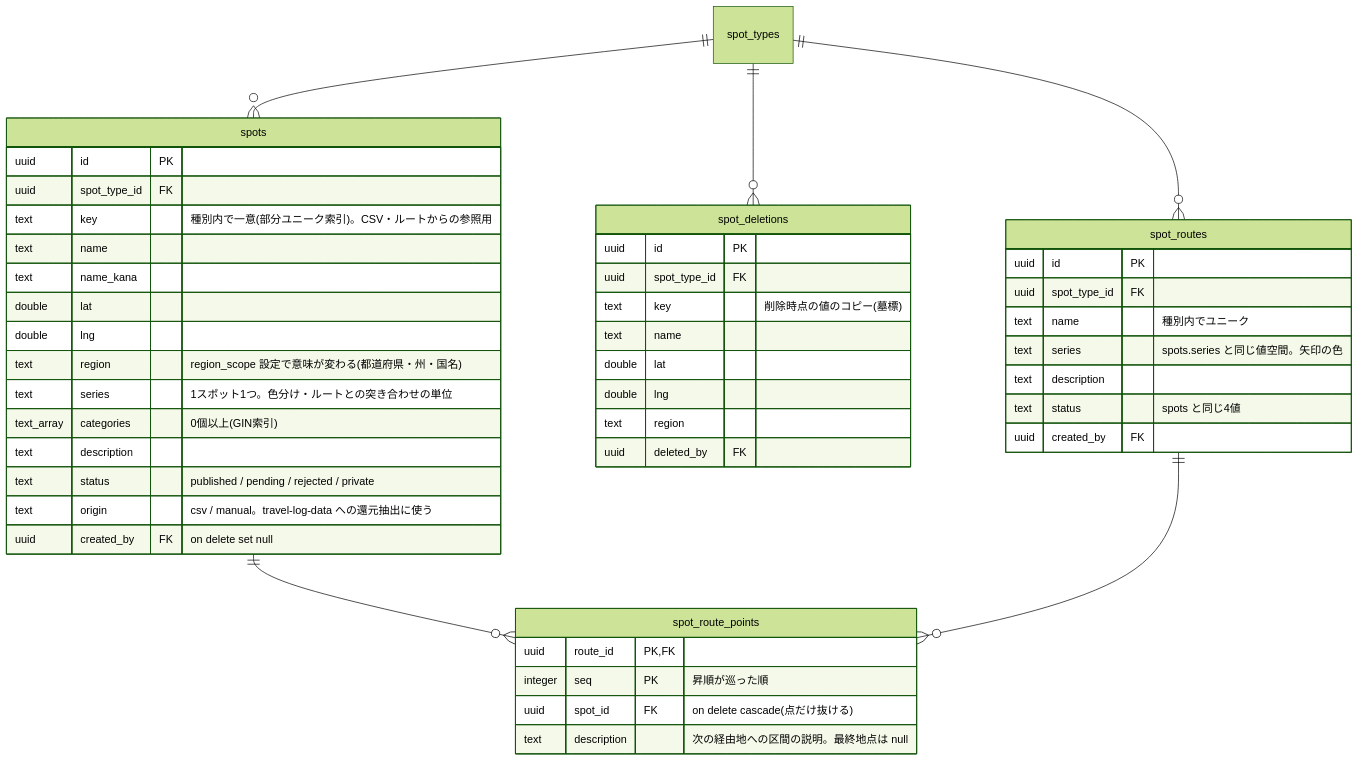
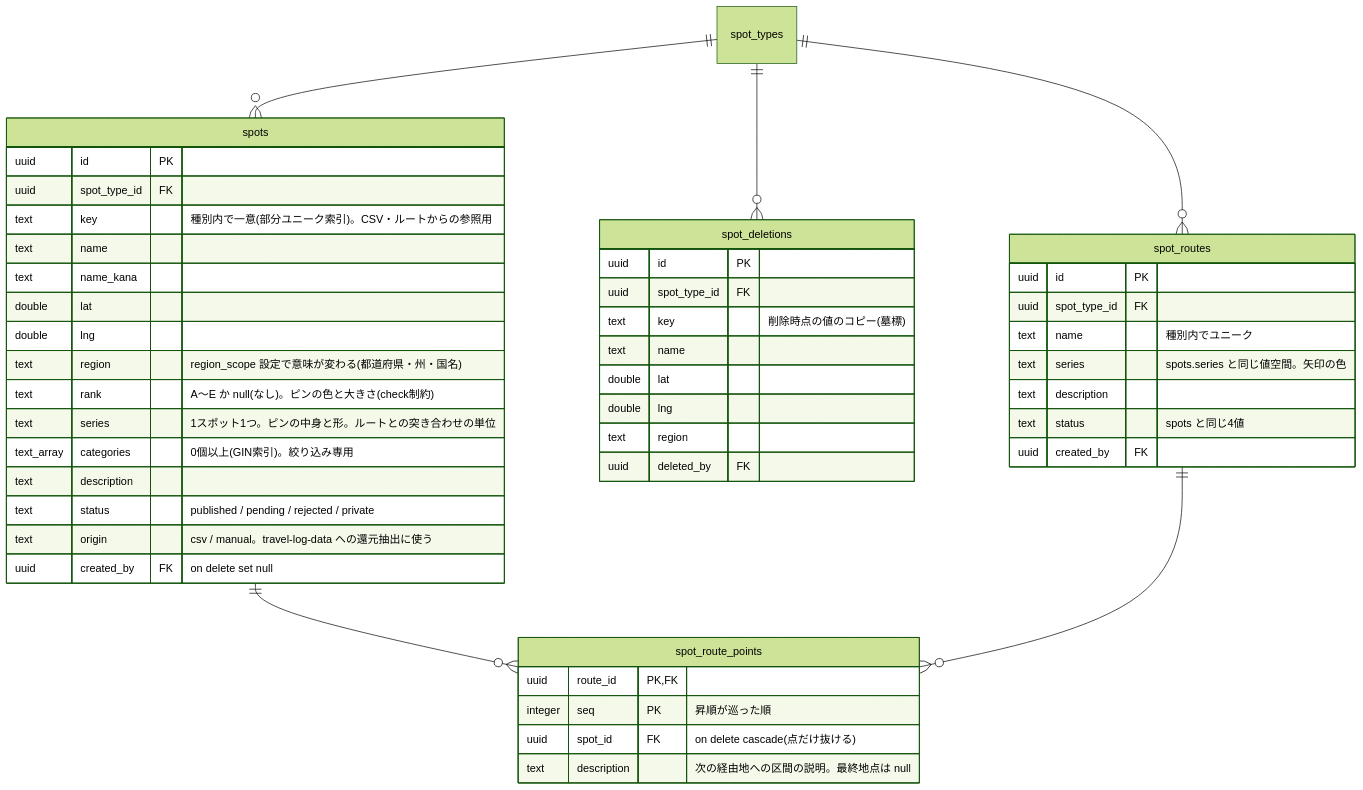
One commit to rtcode337/travel-log changed the fourth of 5 diagrams in docs/database.md. Above: the diagram before and after it, drawn with Mermaid (forest theme). The commit also changed other lines of this file and 35 other files, not shown here.

````diff
--- a/docs/database.md
+++ b/docs/database.md
@@ -126,49 +127,50 @@
 ```mermaid
 erDiagram
     spots {
         uuid id PK
         uuid spot_type_id FK
         text key "種別内で一意(部分ユニーク索引)。CSV・ルートからの参照用"
         text name
         text name_kana
         double lat
         double lng
         text region "region_scope 設定で意味が変わる(都道府県・州・国名)"
-        text series "1スポット1つ。色分け・ルートとの突き合わせの単位"
-        text_array categories "0個以上(GIN索引)"
+        text rank "A〜E か null(なし)。ピンの色と大きさ(check制約)"
+        text series "1スポット1つ。ピンの中身と形。ルートとの突き合わせの単位"
+        text_array categories "0個以上(GIN索引)。絞り込み専用"
         text description
         text status "published / pending / rejected / private"
         text origin "csv / manual。travel-log-data への還元抽出に使う"
         uuid created_by FK "on delete set null"
     }
     spot_deletions {
         uuid id PK
         uuid spot_type_id FK
         text key "削除時点の値のコピー(墓標)"
         text name
         double lat
         double lng
         text region
         uuid deleted_by FK
     }
     spot_routes {
         uuid id PK
         uuid spot_type_id FK
         text name "種別内でユニーク"
         text series "spots.series と同じ値空間。矢印の色"
         text description
         text status "spots と同じ4値"
         uuid created_by FK
     }
     spot_route_points {
         uuid route_id PK, FK
         integer seq PK "昇順が巡った順"
         uuid spot_id FK "on delete cascade(点だけ抜ける)"
         text description "次の経由地への区間の説明。最終地点は null"
     }
     spot_types ||--o{ spots : ""
     spot_types ||--o{ spot_deletions : ""
     spot_types ||--o{ spot_routes : ""
     spots ||--o{ spot_route_points : ""
     spot_routes ||--o{ spot_route_points : ""
 ```
````
